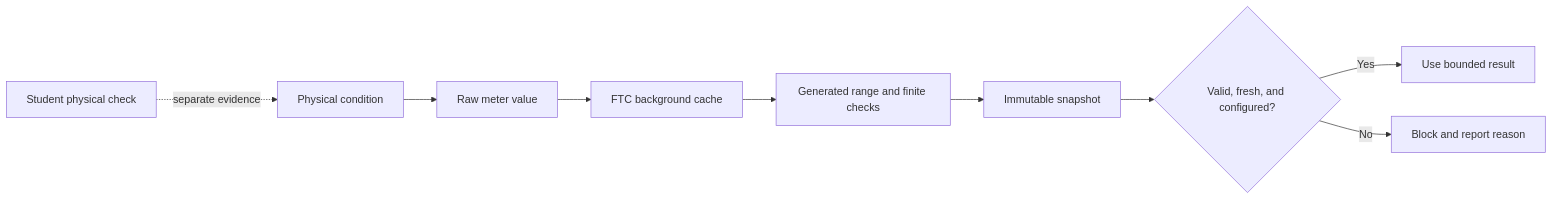
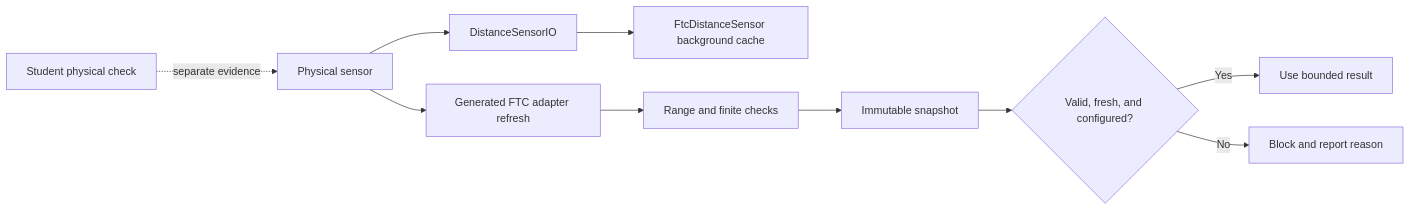
One commit to ARES-23247/ARESWEB changed the diagram in content/learning/electrical-systems/02-choose-read-sensors.md. Above: the diagram before and after it, drawn with Mermaid. The commit also changed other lines of this file and 3 other files, not shown here.

Commit message:
docs(academy): correct sensor evidence paths

````diff
--- a/content/learning/electrical-systems/02-choose-read-sensors.md
+++ b/content/learning/electrical-systems/02-choose-read-sensors.md
@@ -75,12 +82,13 @@
 ```mermaid
 %% aria: The physical sensor produces a raw meter value. An FTC adapter caches the latest value without adding a public timestamp. A generated subsystem validates the value and stores validity, timestamp, and configuration health. A control rule uses the snapshot only when all required evidence passes. Physical testing remains separate.
 flowchart LR
-  A["Physical condition"] --> B["Raw meter value"]
-  B --> C["FTC background cache"]
-  C --> D["Generated range and finite checks"]
-  D --> E["Immutable snapshot"]
-  E --> F{"Valid, fresh, and configured?"}
-  F -- Yes --> G["Use bounded result"]
-  F -- No --> H["Block and report reason"]
-  I["Student physical check"] -. separate evidence .-> A
+  A["Physical sensor"] --> B["DistanceSensorIO"]
+  B --> C["FtcDistanceSensor background cache"]
+  A --> D["Generated FTC adapter refresh"]
+  D --> E["Range and finite checks"]
+  E --> F["Immutable snapshot"]
+  F --> G{"Valid, fresh, and configured?"}
+  G -- Yes --> H["Use bounded result"]
+  G -- No --> I["Block and report reason"]
+  J["Student physical check"] -. separate evidence .-> A
 ```
````
